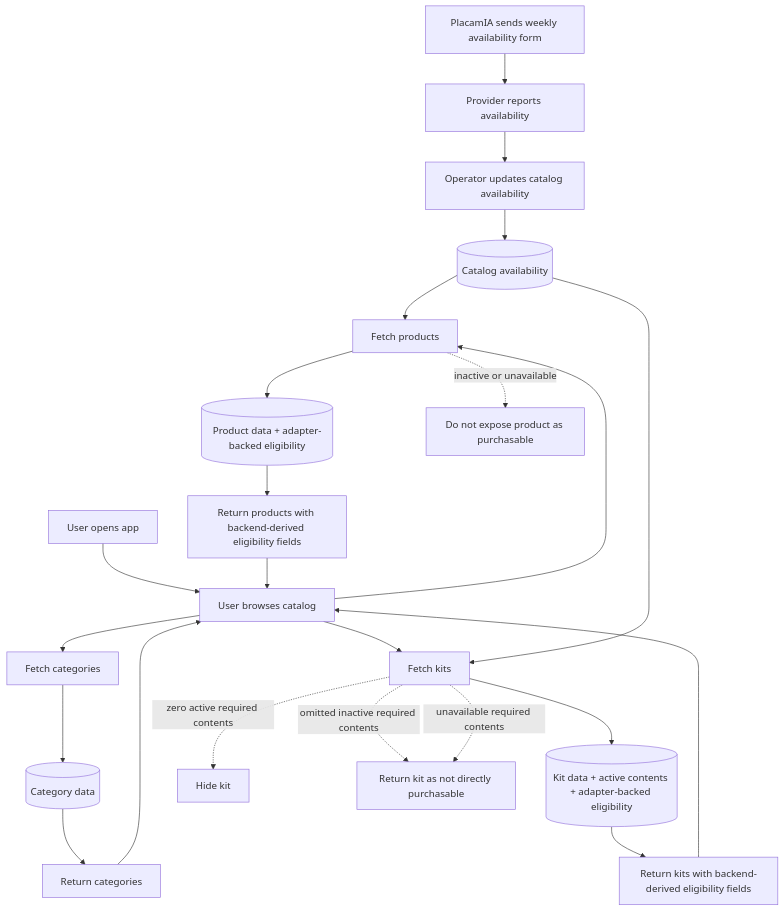
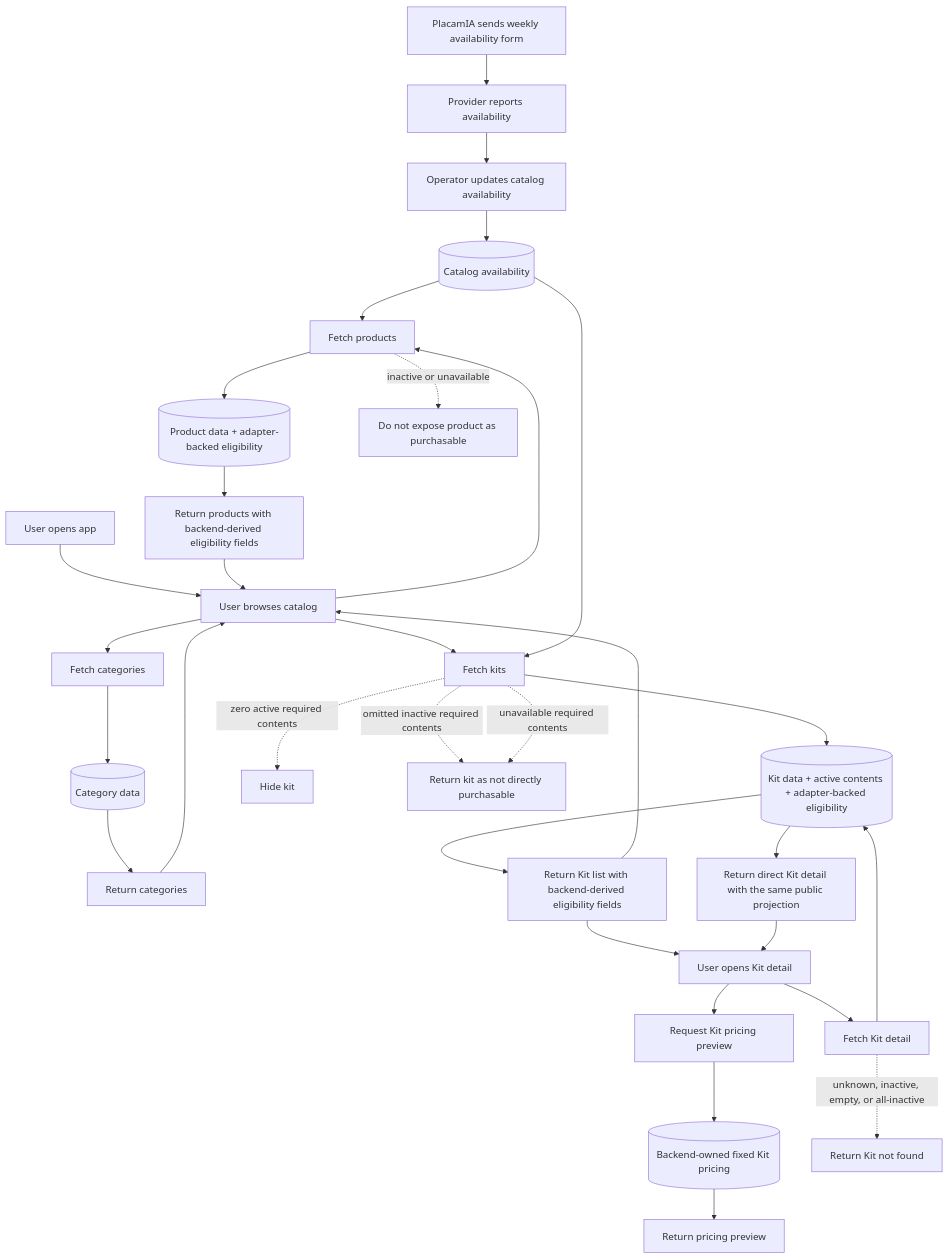
Before and after one commit to jovillal/placamia: the diagram in docs/flows/catalog-flow.md, drawn with Mermaid. The commit also changed other lines of this file and 12 other files, not shown here.

Commit message:
feat: add public kit detail endpoint

````diff
--- a/docs/flows/catalog-flow.md
+++ b/docs/flows/catalog-flow.md
@@ -17,31 +17,40 @@
 ```mermaid
 flowchart TD
     O1[PlacamIA sends weekly availability form] --> P1[Provider reports availability]
     P1 --> B0[Operator updates catalog availability]
     B0 --> D0[(Catalog availability)]
 
     U1[User opens app] --> U2[User browses catalog]
 
     U2 --> B1[Fetch categories]
     B1 --> D1[(Category data)]
     D1 --> B2[Return categories]
 
     U2 --> B3[Fetch products]
     B3 --> D2[(Product data + adapter-backed eligibility)]
     D2 --> B4[Return products with backend-derived eligibility fields]
 
     U2 --> B5[Fetch kits]
     B5 --> D3[(Kit data + active contents + adapter-backed eligibility)]
-    D3 --> B6[Return kits with backend-derived eligibility fields]
+    D3 --> B6[Return Kit list with backend-derived eligibility fields]
+    B6 --> U3[User opens Kit detail]
+    U3 --> B7[Fetch Kit detail]
+    B7 --> D3
+    D3 --> B8[Return direct Kit detail with the same public projection]
+    B8 --> U3
+    U3 --> B9[Request Kit pricing preview]
+    B9 --> D4[(Backend-owned fixed Kit pricing)]
+    D4 --> B10[Return pricing preview]
 
     D0 --> B3
     D0 --> B5
     B2 --> U2
     B4 --> U2
     B6 --> U2
 
     B3 -. inactive or unavailable .-> R1[Do not expose product as purchasable]
     B5 -. zero active required contents .-> R2[Hide kit]
     B5 -. omitted inactive required contents .-> R3
     B5 -. unavailable required contents .-> R3[Return kit as not directly purchasable]
+    B7 -. unknown, inactive, empty, or all-inactive .-> R4[Return Kit not found]
 ```
````
